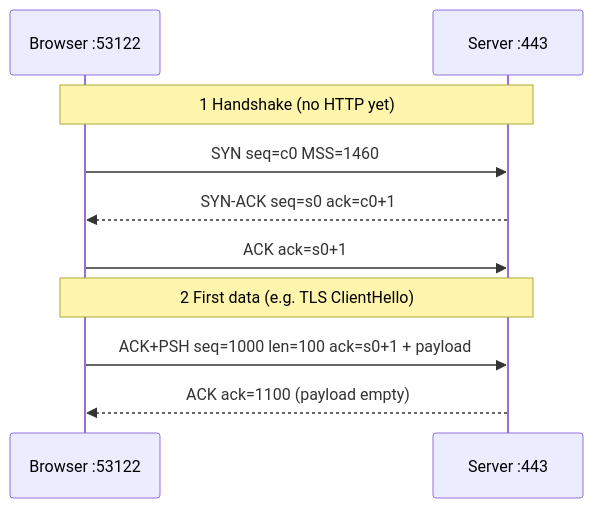
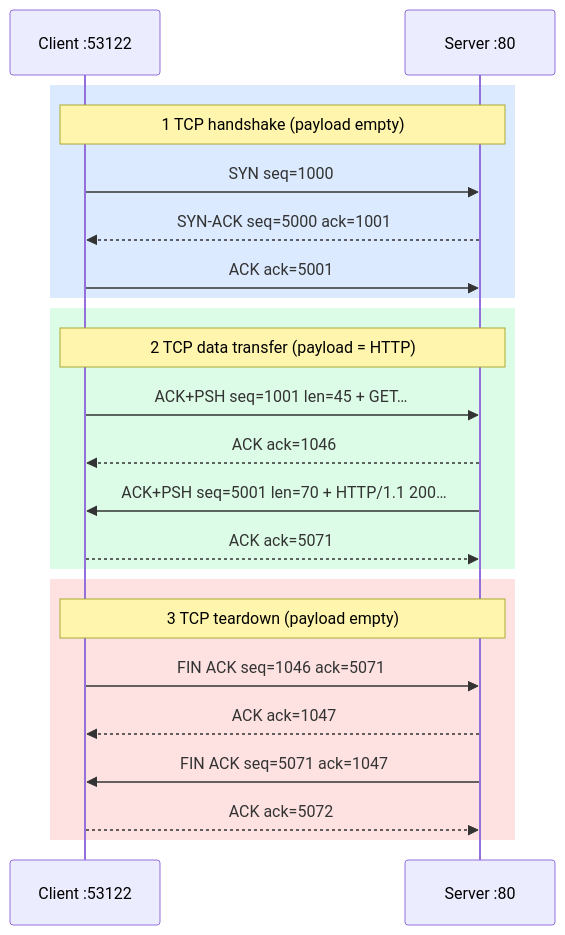
One commit to iamsharmajitender/gain changed the second of 7 diagrams in docs/insights/2026-07-14-tcp-vs-udp-under-the-hood/tcp-vs-udp-under-the-hood.mdx. Above: the diagram before and after it, drawn with Mermaid. The commit also changed other lines of this file and 15 other files, not shown here.

````diff
--- a/docs/insights/2026-07-14-tcp-vs-udp-under-the-hood/tcp-vs-udp-under-the-hood.mdx
+++ b/docs/insights/2026-07-14-tcp-vs-udp-under-the-hood/tcp-vs-udp-under-the-hood.mdx
@@ -127,14 +140,28 @@
 ```mermaid
 sequenceDiagram
-    participant B as Browser :53122
-    participant S as Server :443
+    participant C as Client :53122
+    participant S as Server :80
 
-    Note over B,S: 1 Handshake (no HTTP yet)
-    B->>S: SYN seq=c0 MSS=1460
-    S-->>B: SYN-ACK seq=s0 ack=c0+1
-    B->>S: ACK ack=s0+1
+    rect rgb(219, 234, 254)
+    Note over C,S: 1 TCP handshake (payload empty)
+    C->>S: SYN seq=1000
+    S-->>C: SYN-ACK seq=5000 ack=1001
+    C->>S: ACK ack=5001
+    end
 
-    Note over B,S: 2 First data (e.g. TLS ClientHello)
-    B->>S: ACK+PSH seq=1000 len=100 ack=s0+1 + payload
-    S-->>B: ACK ack=1100 (payload empty)
+    rect rgb(220, 252, 231)
+    Note over C,S: 2 TCP data transfer (payload = HTTP)
+    C->>S: ACK+PSH seq=1001 len=45 + GET…
+    S-->>C: ACK ack=1046
+    S->>C: ACK+PSH seq=5001 len=70 + HTTP/1.1 200…
+    C-->>S: ACK ack=5071
+    end
+
+    rect rgb(254, 226, 226)
+    Note over C,S: 3 TCP teardown (payload empty)
+    C->>S: FIN ACK seq=1046 ack=5071
+    S-->>C: ACK ack=1047
+    S->>C: FIN ACK seq=5071 ack=1047
+    C-->>S: ACK ack=5072
+    end
 ```
````
